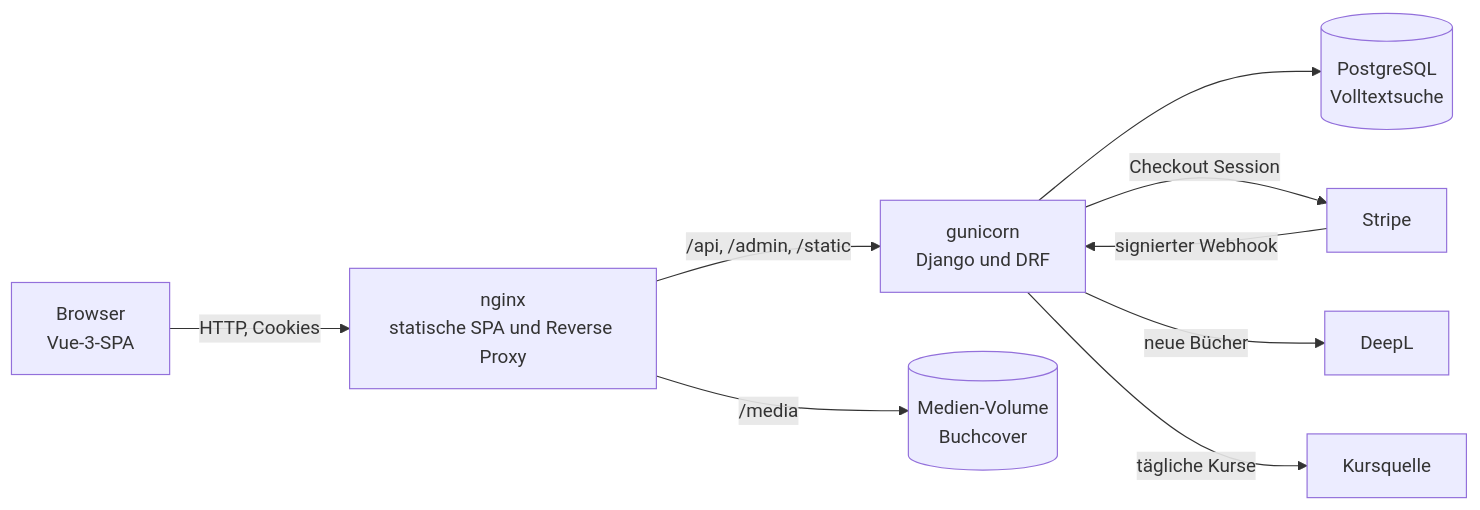
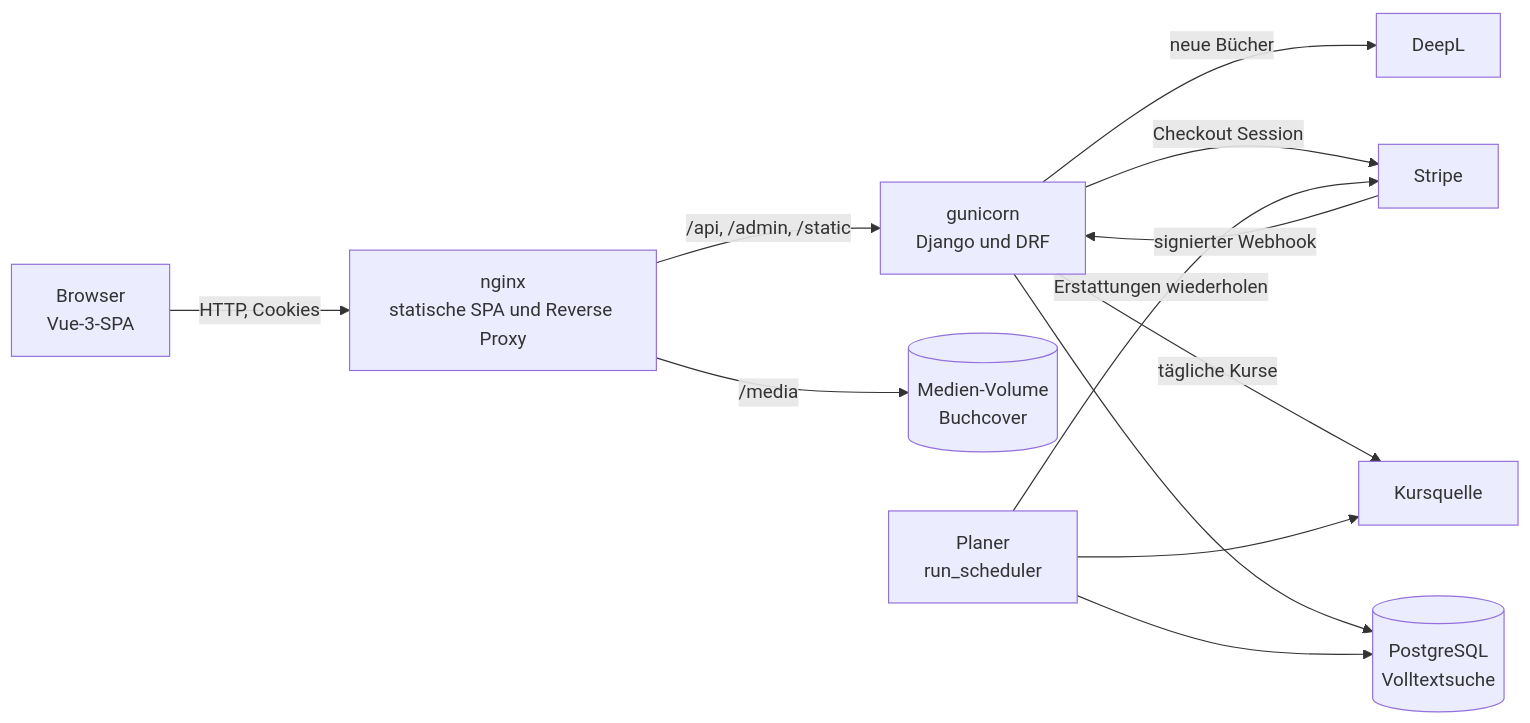
The diagram in README.de.md (DogNellaf/verso-bookshop), drawn with Mermaid before and after one commit. The commit also changed other lines of this file and 3 other files, not shown here.

````diff
--- a/README.de.md
+++ b/README.de.md
@@ -164,11 +178,14 @@
 ```mermaid
 flowchart LR
     U[Browser<br/>Vue-3-SPA] -->|HTTP, Cookies| N[nginx<br/>statische SPA und Reverse Proxy]
     N -->|/api, /admin, /static| G[gunicorn<br/>Django und DRF]
     N -->|/media| M[(Medien-Volume<br/>Buchcover)]
     G --> P[(PostgreSQL<br/>Volltextsuche)]
     G -->|Checkout Session| S[Stripe]
     S -->|signierter Webhook| G
     G -->|neue Bücher| D[DeepL]
     G -->|tägliche Kurse| R[Kursquelle]
+    C[Planer<br/>run_scheduler] --> P
+    C --> R
+    C -->|Erstattungen wiederholen| S
 ```
````
